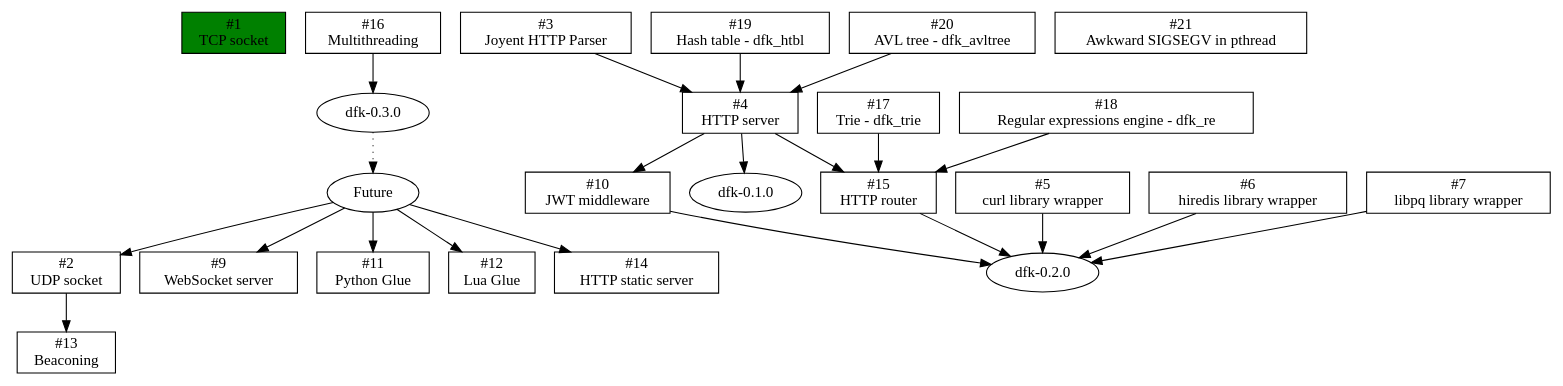
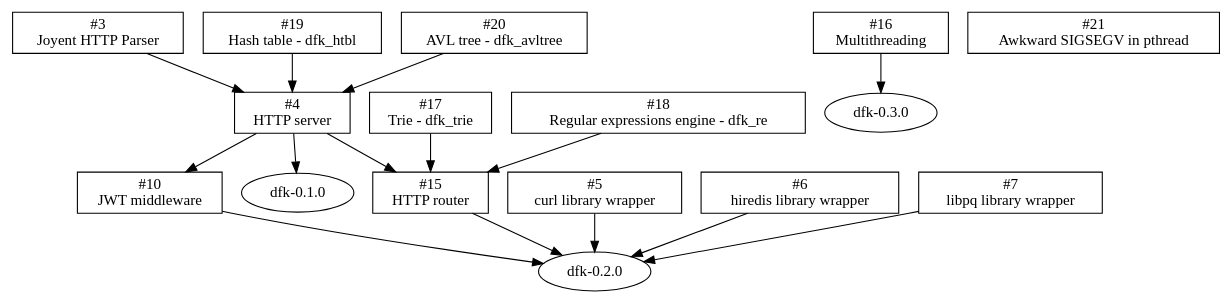
The diagram in doc/roadmap.dot (isn-/dfk), drawn with Graphviz before and after one commit. The commit also changed 2 other files, not shown here.

Commit message:
doc: Split roadmap into current and future

```diff
--- a/doc/roadmap.dot
+++ b/doc/roadmap.dot
@@ -1,73 +1,52 @@
-digraph "DFK Library Roadmap" {
+digraph "DFK Library Roadmap - Current" {
   node [shape=box];
-
-  tcp_socket [label="#1\nTCP socket" fillcolor=green style=filled];
-  udp_socket [label="#2\nUDP socket"];
+  ratio="compress";
 
   http_parser [label="#3\nJoyent HTTP Parser"];
 
   http_server [label="#4\nHTTP server"];
     http_parser -> http_server
     htbl -> http_server
     avltree -> http_server
 
   curl [label="#5\ncurl library wrapper"];
 
   redis [label="#6\nhiredis library wrapper"];
 
   libpq [label="#7\nlibpq library wrapper"];
 
-  ws [label="#9\nWebSocket server"];
-
   jwt [label="#10\nJWT middleware"];
     http_server -> jwt;
-
-  python [label="#11\nPython Glue"];
-  lua [label="#12\nLua Glue"];
-
-  beacon [label="#13\nBeaconing"];
-    udp_socket -> beacon;
-
-  static [label="#14\nHTTP static server"];
 
   mt [label="#16\nMultithreading"];
 
   trie [label="#17\nTrie - dfk_trie"];
 
   re [label="#18\nRegular expressions engine - dfk_re"];
 
   htbl [label="#19\nHash table - dfk_htbl"];
 
   avltree [label="#20\nAVL tree - dfk_avltree"];
 
   router [label="#15\nHTTP router"];
     http_server -> router;
     trie -> router;
     re -> router;
 
   bug [label="#21\nAwkward SIGSEGV in pthread"];
   // Occur only in valgrind builds,
   // Build examples: https://travis-ci.org/isn-/dfk/builds/140336836
 
   dfk010 [label="dfk-0.1.0" shape=oval];
     http_server -> dfk010
 
   dfk020 [label="dfk-0.2.0" shape=oval];
     jwt -> dfk020;
     redis -> dfk020;
     curl -> dfk020;
     libpq -> dfk020;
     router -> dfk020;
 
   dfk030 [label="dfk-0.3.0" shape=oval];
     mt -> dfk030;
-
-  future [label="Future" shape=oval];
-    dfk030 -> future [style=dotted];
-
-  future -> udp_socket;
-  future -> ws;
-  future -> python;
-  future -> lua;
-  future -> static;
 }
```
